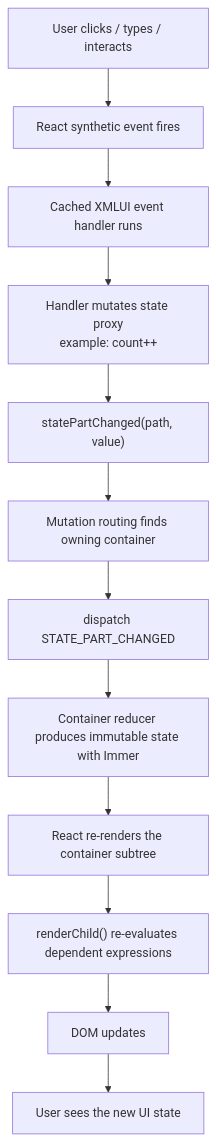
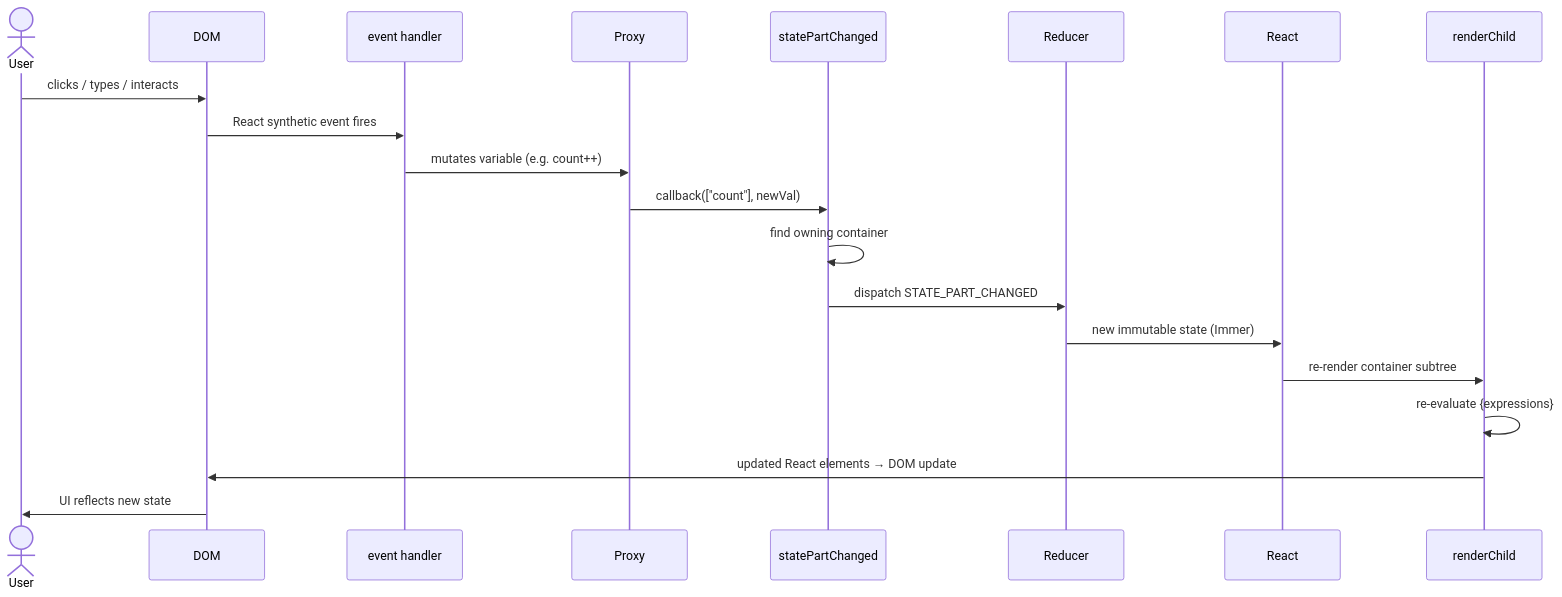
Before and after one commit to xmlui-org/xmlui: the fifth of 5 diagrams in xmlui/dev-docs/guide/01-mental-model.md, drawn with Mermaid. The commit also changed other lines of this file and 159 other files, not shown here.

````diff
--- a/xmlui/dev-docs/guide/01-mental-model.md
+++ b/xmlui/dev-docs/guide/01-mental-model.md
@@ -303,17 +261,23 @@
 ```mermaid
-flowchart TB
-  user["User clicks / types / interacts"]
-  reactEvent["React synthetic event fires"]
-  handler["Cached XMLUI event handler runs"]
-  mutation["Handler mutates state proxy<br/>example: count++"]
-  stateChanged["statePartChanged(path, value)"]
-  routing["Mutation routing finds owning container"]
-  dispatch["dispatch STATE_PART_CHANGED"]
-  reducer["Container reducer produces immutable state with Immer"]
-  rerender["React re-renders the container subtree"]
-  renderChildAgain["renderChild() re-evaluates dependent expressions"]
-  dom["DOM updates"]
-  result["User sees the new UI state"]
+sequenceDiagram
+  actor User
+  participant DOM
+  participant Handler as event handler
+  participant Proxy
+  participant SPC as statePartChanged
+  participant Reducer
+  participant React
+  participant RC as renderChild
 
-  user --> reactEvent --> handler --> mutation --> stateChanged --> routing --> dispatch --> reducer --> rerender --> renderChildAgain --> dom --> result
+  User->>DOM: clicks / types / interacts
+  DOM->>Handler: React synthetic event fires
+  Handler->>Proxy: mutates variable (e.g. count++)
+  Proxy->>SPC: callback(["count"], newVal)
+  SPC->>SPC: find owning container
+  SPC->>Reducer: dispatch STATE_PART_CHANGED
+  Reducer->>React: new immutable state (Immer)
+  React->>RC: re-render container subtree
+  RC->>RC: re-evaluate {expressions}
+  RC->>DOM: updated React elements → DOM update
+  DOM->>User: UI reflects new state
 ```
````
